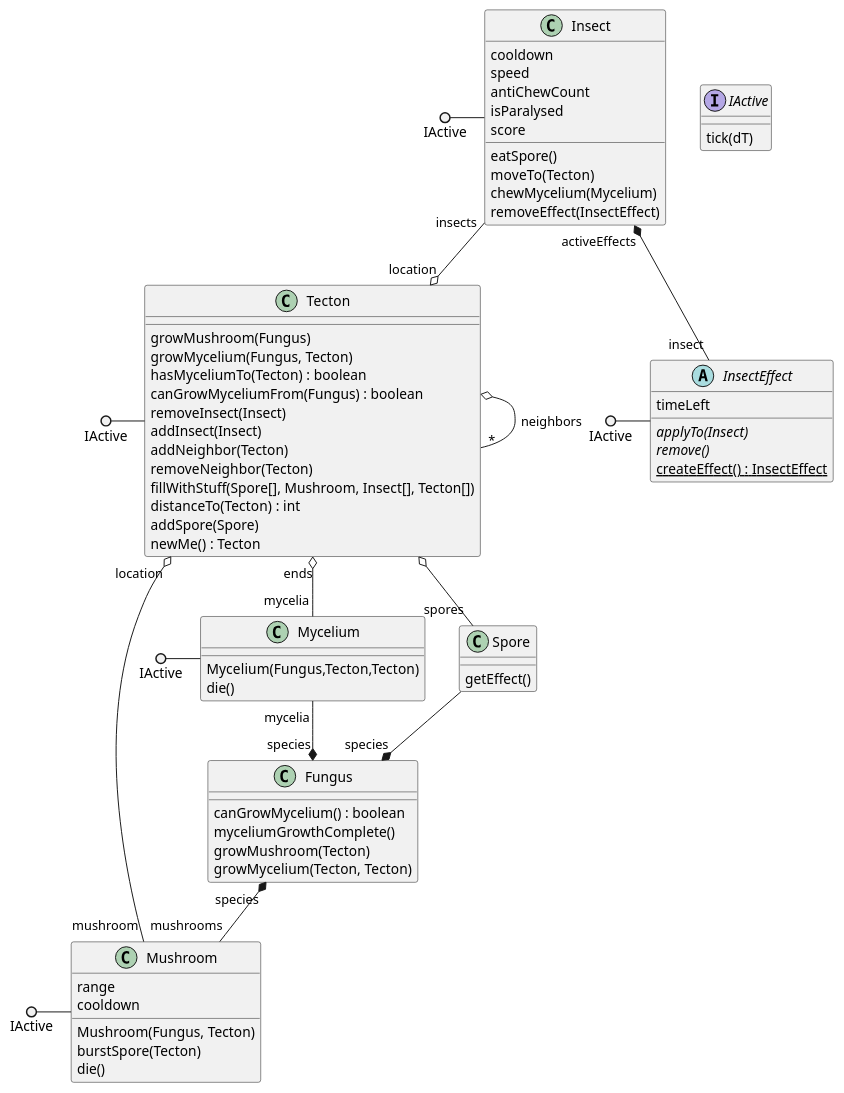
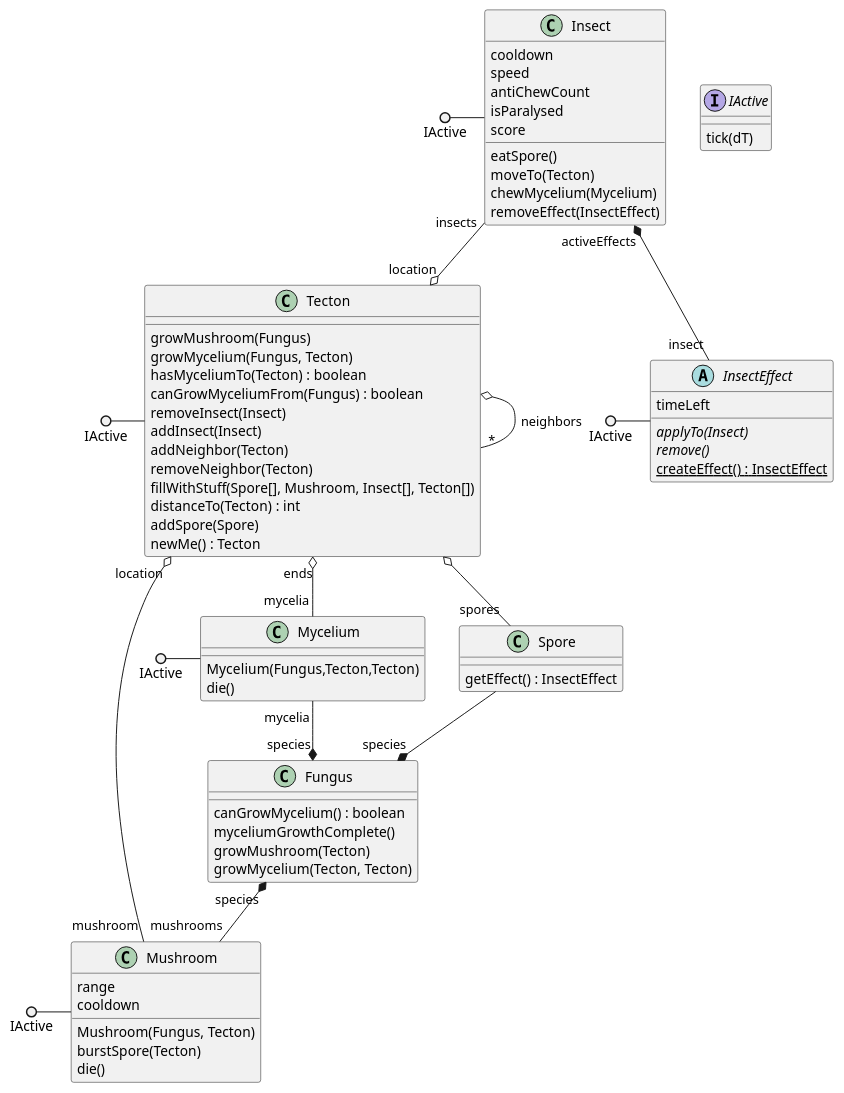
Before and after one commit to ZD4ve/projlab-error521: the diagram in classes.pu, drawn with PlantUML.

```diff
--- a/classes.pu
+++ b/classes.pu
@@ -1,74 +1,74 @@
 @startuml classes
 interface IActive {
     tick(dT)
 }
 class Tecton {
     growMushroom(Fungus)
     growMycelium(Fungus, Tecton)
     hasMyceliumTo(Tecton) : boolean
     canGrowMyceliumFrom(Fungus) : boolean
     removeInsect(Insect)
     addInsect(Insect)
     addNeighbor(Tecton)
     removeNeighbor(Tecton)
     fillWithStuff(Spore[], Mushroom, Insect[], Tecton[])
     distanceTo(Tecton) : int
     addSpore(Spore)
     newMe() : Tecton
 }
 class Fungus {
     canGrowMycelium() : boolean
     myceliumGrowthComplete()
     growMushroom(Tecton)
     growMycelium(Tecton, Tecton)
 }
 class Mycelium {
     Mycelium(Fungus,Tecton,Tecton)
     die()
 }
 class Mushroom {
     range
     cooldown
     Mushroom(Fungus, Tecton)
     burstSpore(Tecton)
     die()
 }
 class Spore {
-    getEffect()
+    getEffect() : InsectEffect
 }
 class Insect {
     cooldown
     speed
     antiChewCount
     isParalysed
     score
     eatSpore()
     moveTo(Tecton)
     chewMycelium(Mycelium)
     removeEffect(InsectEffect)
 }
 abstract InsectEffect {
     timeLeft
     {abstract} applyTo(Insect)
     {abstract} remove()
     {static} createEffect() : InsectEffect
 }
 
 IActive ()- Tecton
 IActive ()- Mushroom
 IActive ()- Mycelium
 IActive ()- Insect
 IActive ()- InsectEffect
 
 Tecton o-- "*" Tecton : neighbors
 Tecton "ends" o-- "mycelia" Mycelium
 Tecton o-- "spores" Spore
 Tecton "location" o-- "mushroom" Mushroom
 
 Mycelium "mycelia" --* "species" Fungus
 Insect "activeEffects" *-- "insect" InsectEffect
 Insect "insects" --o "location" Tecton
 Fungus "species" *-- "mushrooms" Mushroom
 Spore --* "species" Fungus
 
 @enduml
```
